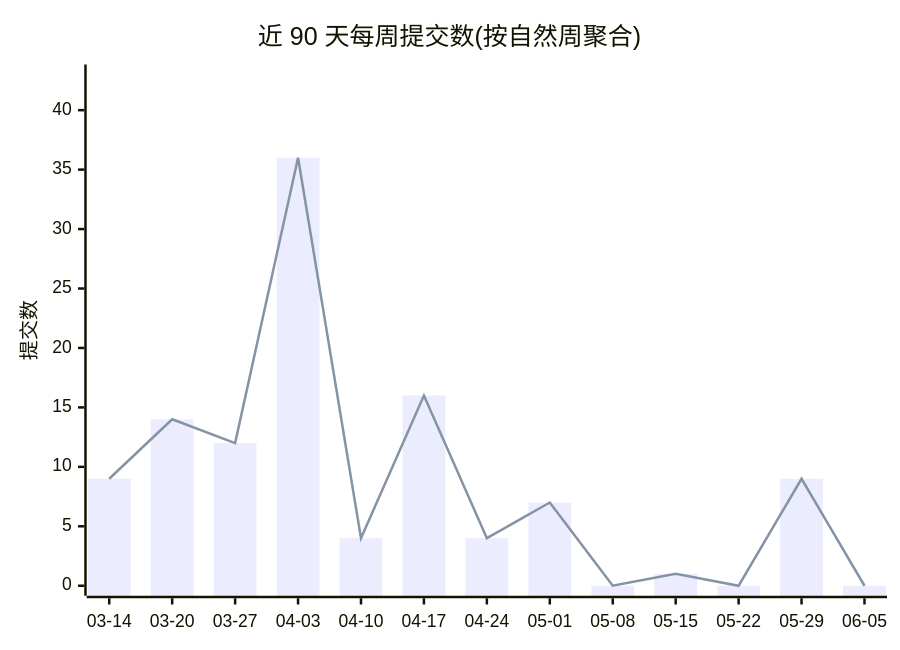
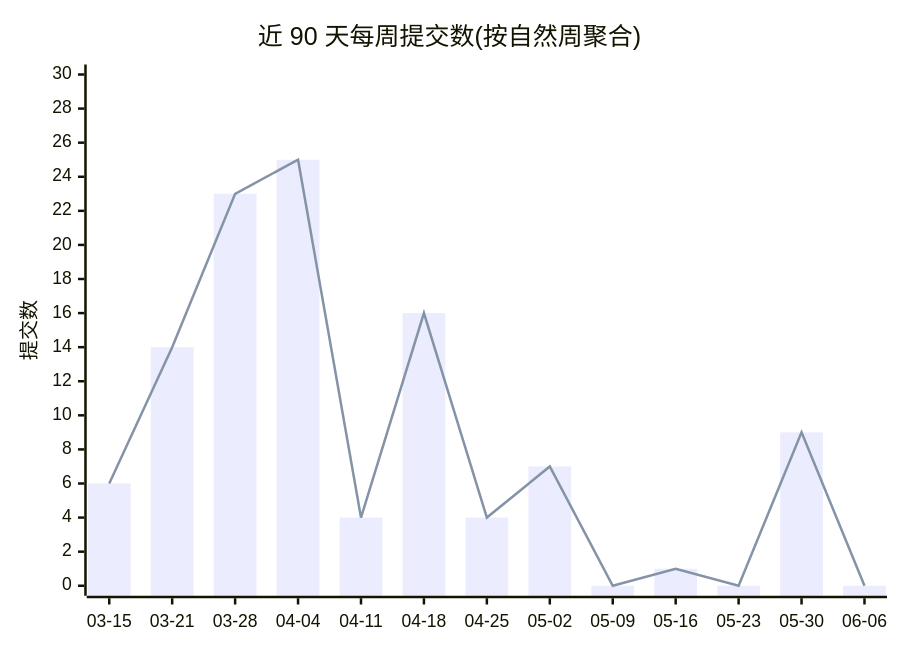
One commit to Conflux-Union/.github changed the first of 2 diagrams in profile/README.md. Above: the diagram before and after it, drawn with Mermaid. The commit also changed other lines of this file and 1 other file, not shown here.

````diff
--- a/profile/README.md
+++ b/profile/README.md
@@ -44,8 +44,8 @@
 ```mermaid
 xychart-beta
     title "近 90 天每周提交数(按自然周聚合)"
-    x-axis ["03-14", "03-20", "03-27", "04-03", "04-10", "04-17", "04-24", "05-01", "05-08", "05-15", "05-22", "05-29", "06-05"]
-    y-axis "提交数" 0 --> 43
-    bar [9, 14, 12, 36, 4, 16, 4, 7, 0, 1, 0, 9, 0]
-    line [9, 14, 12, 36, 4, 16, 4, 7, 0, 1, 0, 9, 0]
+    x-axis ["03-15", "03-21", "03-28", "04-04", "04-11", "04-18", "04-25", "05-02", "05-09", "05-16", "05-23", "05-30", "06-06"]
+    y-axis "提交数" 0 --> 30
+    bar [6, 14, 23, 25, 4, 16, 4, 7, 0, 1, 0, 9, 0]
+    line [6, 14, 23, 25, 4, 16, 4, 7, 0, 1, 0, 9, 0]
 ```
````
